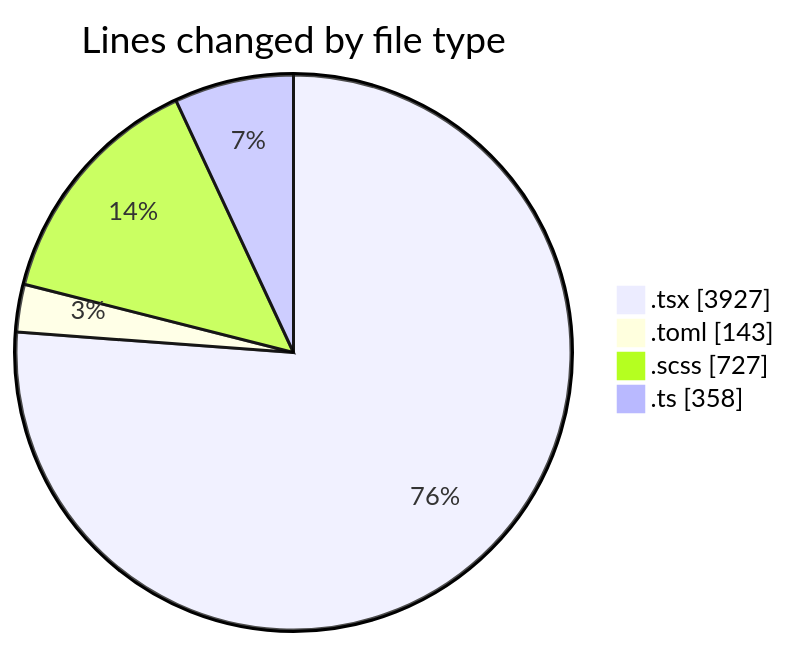
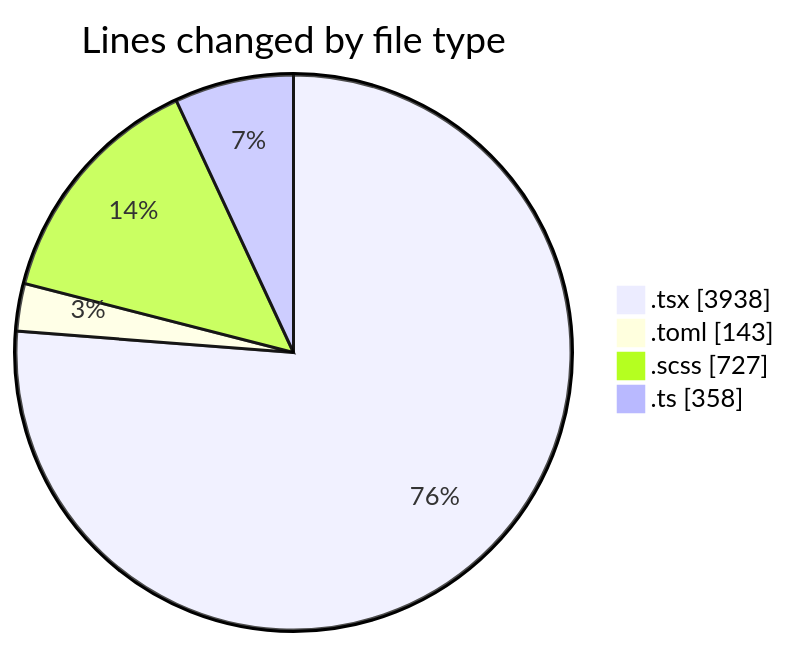
Before and after one commit to momahboobian/code-tracking: the first of 2 diagrams in 2026-11-02/cda/README.md, drawn with Mermaid. The commit also changed other lines of this file and 1 other file, not shown here.

````diff
--- a/2026-11-02/cda/README.md
+++ b/2026-11-02/cda/README.md
@@ -55,8 +55,8 @@
 ```mermaid
 pie showData
 title Lines changed by file type
-".tsx" : 3927
+".tsx" : 3938
 ".toml" : 143
 ".scss" : 727
 ".ts" : 358
 ```
````
